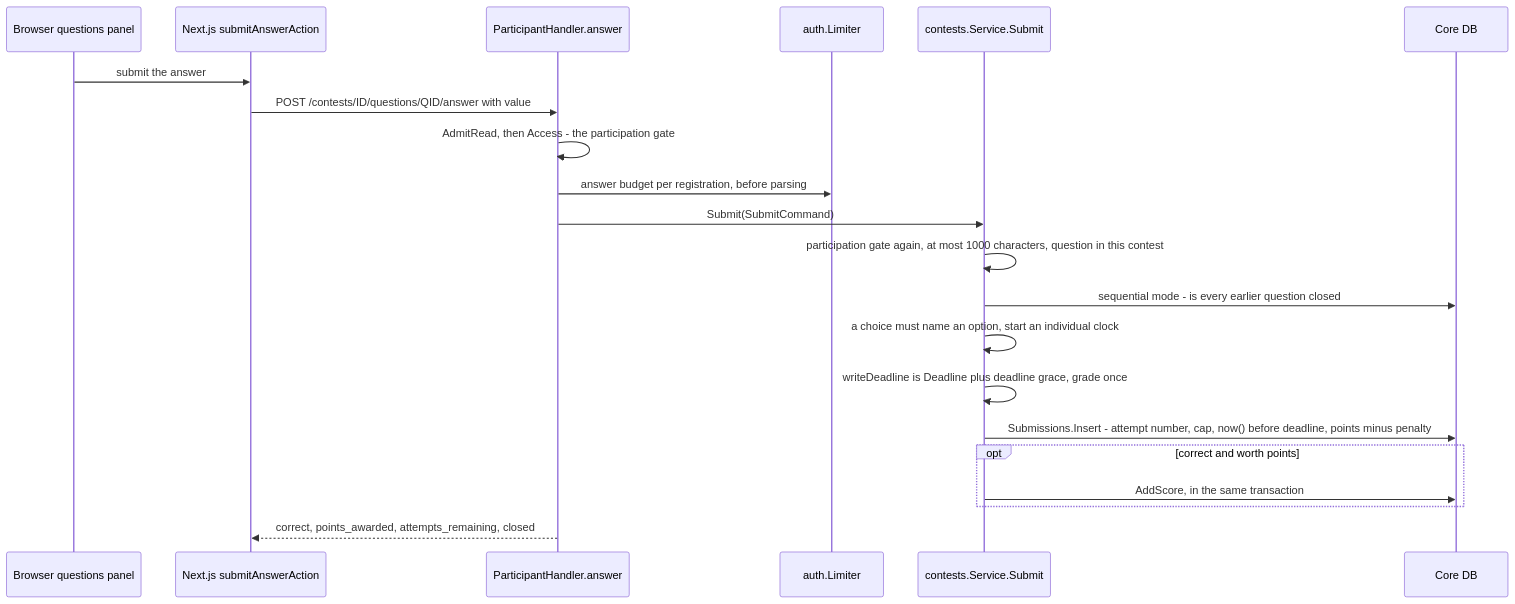
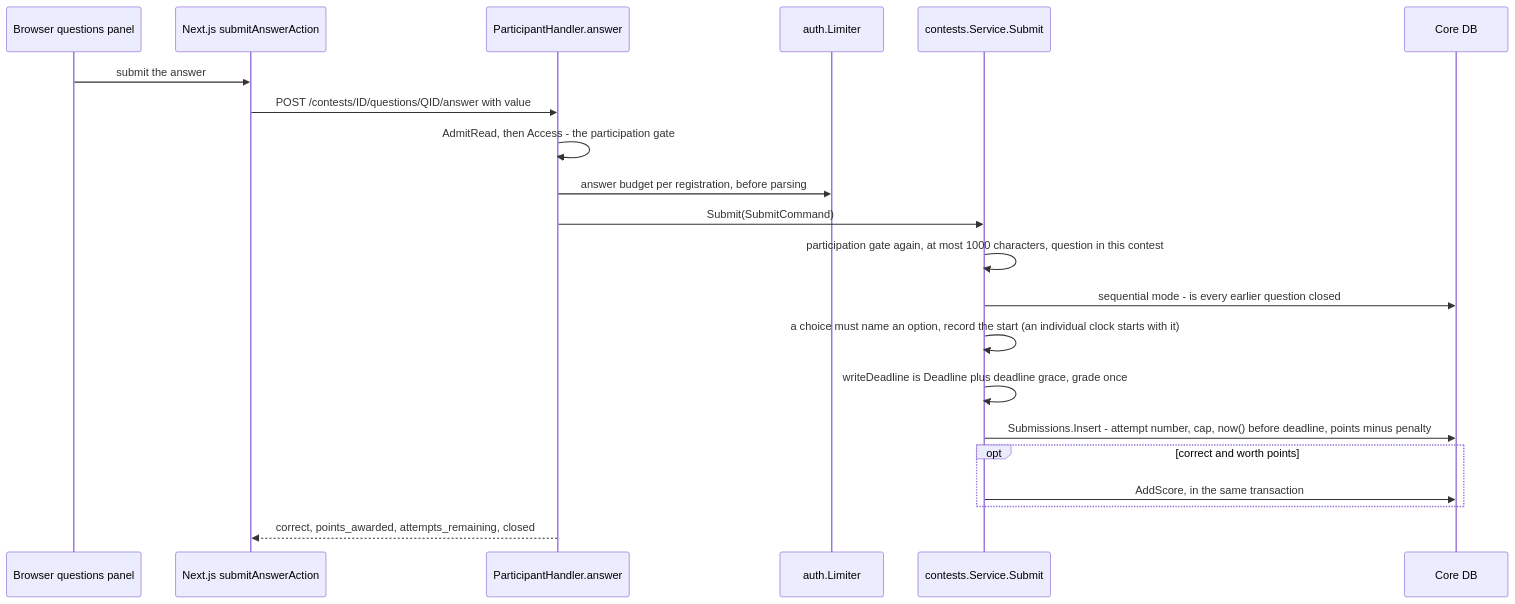
Before and after one commit to devrdn/olymp-db-platform: diagram 11 of 14 in docs/guide/03-flows.md, drawn with Mermaid. The commit also changed other lines of this file and 2 other files, not shown here.

Commit message:
docs: a participant's start is recorded under a shared window too
Section 8 and the guide said started_at was stamped under individual
timing alone. The first read, query or answer now records it and moves
the registration to `active` under either timing; only an individual
clock takes its deadline from it.

````diff
--- a/docs/guide/03-flows.md
+++ b/docs/guide/03-flows.md
@@ -700,24 +700,24 @@
 ```mermaid
 sequenceDiagram
     participant B as Browser questions panel
     participant W as Next.js submitAnswerAction
     participant H as ParticipantHandler.answer
     participant L as auth.Limiter
     participant S as contests.Service.Submit
     participant DB as Core DB
 
     B->>W: submit the answer
     W->>H: POST /contests/ID/questions/QID/answer with value
     H->>H: AdmitRead, then Access - the participation gate
     H->>L: answer budget per registration, before parsing
     H->>S: Submit(SubmitCommand)
     S->>S: participation gate again, at most 1000 characters, question in this contest
     S->>DB: sequential mode - is every earlier question closed
-    S->>S: a choice must name an option, start an individual clock
+    S->>S: a choice must name an option, record the start (an individual clock starts with it)
     S->>S: writeDeadline is Deadline plus deadline grace, grade once
     S->>DB: Submissions.Insert - attempt number, cap, now() before deadline, points minus penalty
     opt correct and worth points
         S->>DB: AddScore, in the same transaction
     end
     H-->>W: correct, points_awarded, attempts_remaining, closed
 ```
````
